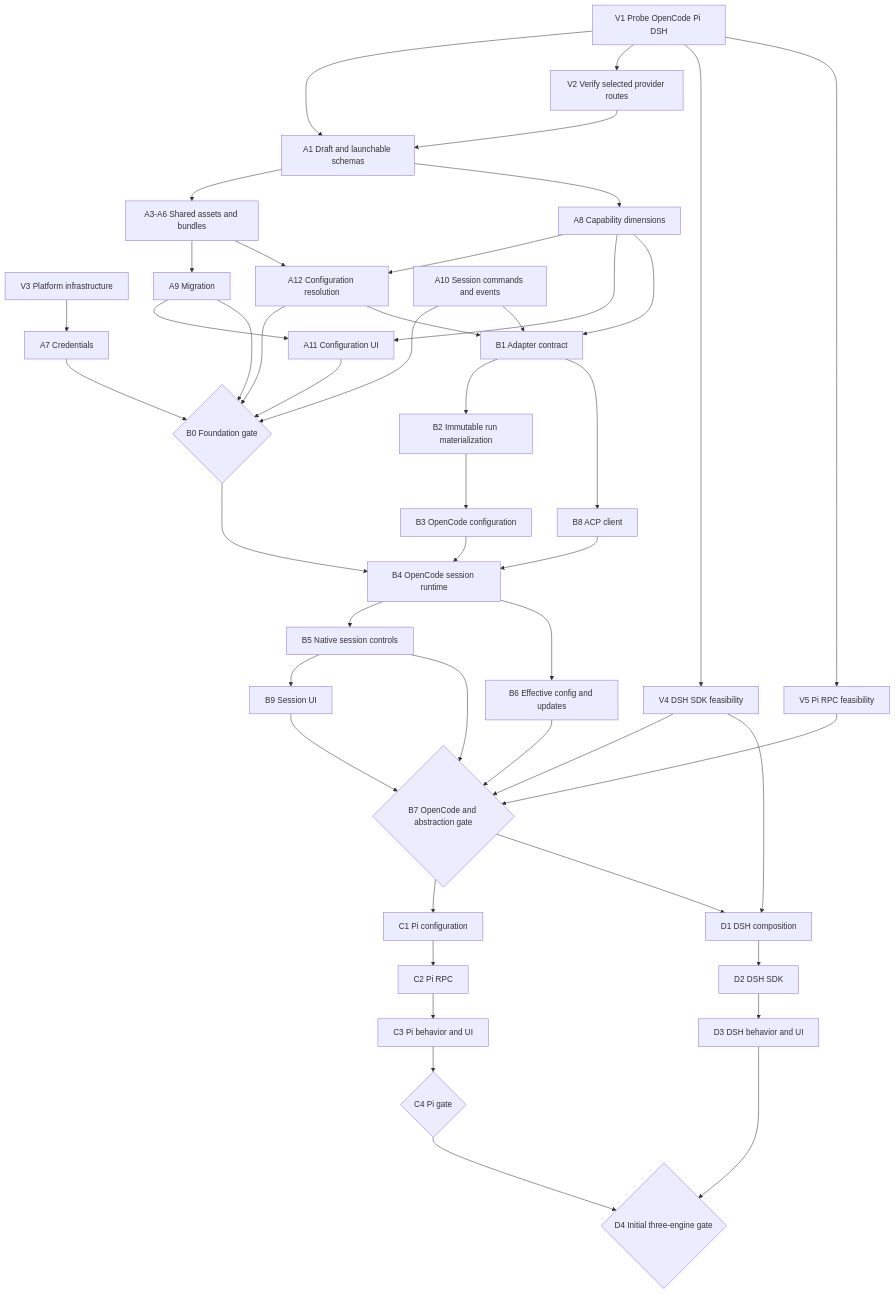
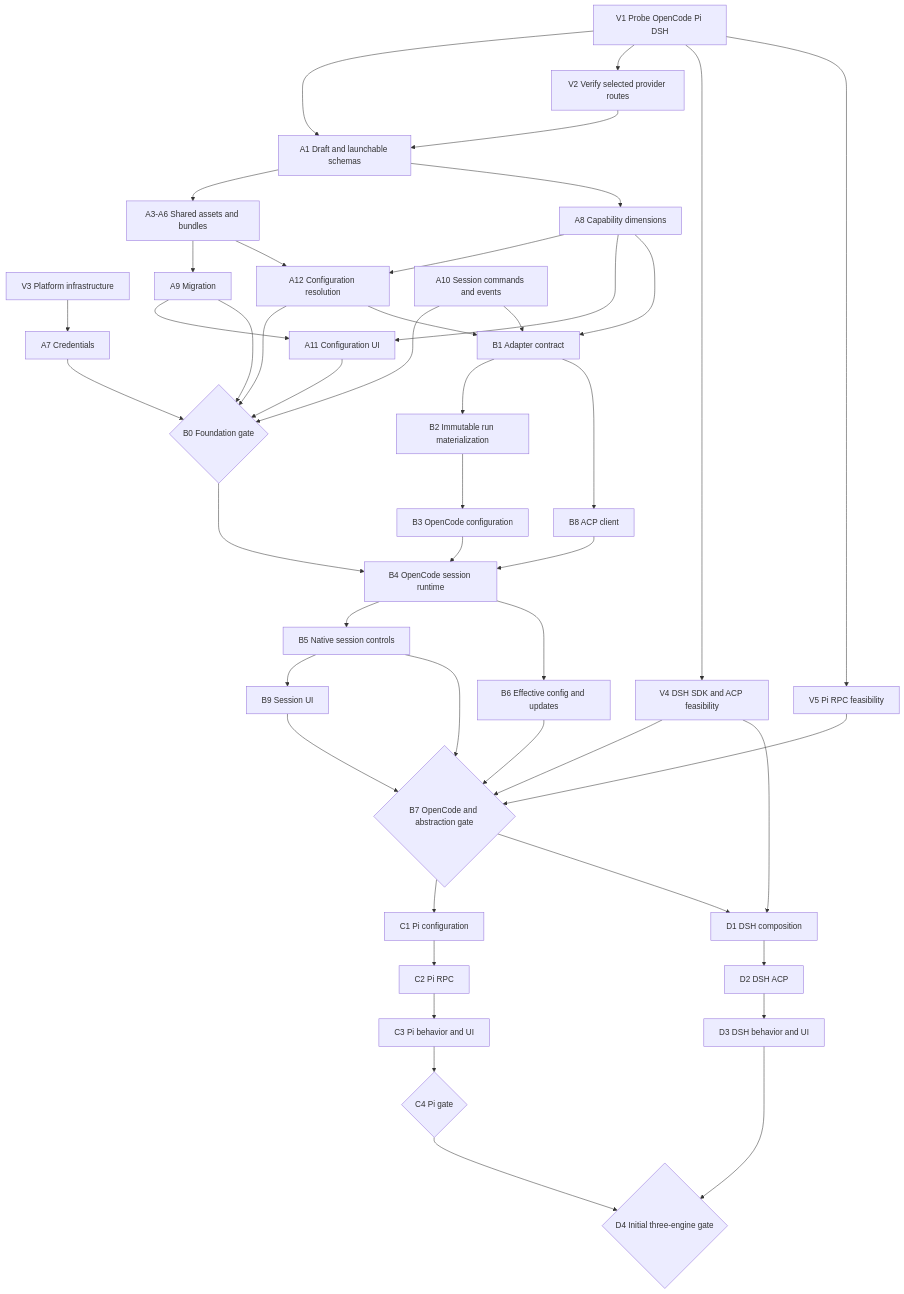
Before and after one commit to LHKong7/AgentMatrix: the diagram in docs/cli-agent-plan.md, drawn with Mermaid. The commit also changed other lines of this file and 10 other files, not shown here.

````diff
--- a/docs/cli-agent-plan.md
+++ b/docs/cli-agent-plan.md
@@ -45,48 +45,48 @@
 ```mermaid
 flowchart TD
   V1[V1 Probe OpenCode Pi DSH] --> A1[A1 Draft and launchable schemas]
   V1 --> V2[V2 Verify selected provider routes]
   V2 --> A1
-  V1 --> V4[V4 DSH SDK feasibility]
+  V1 --> V4[V4 DSH SDK and ACP feasibility]
   V1 --> V5[V5 Pi RPC feasibility]
   V3[V3 Platform infrastructure] --> A7[A7 Credentials]
   A1 --> Assets[A3-A6 Shared assets and bundles]
   A1 --> A8[A8 Capability dimensions]
   Assets --> A9[A9 Migration]
   Assets --> A12[A12 Configuration resolution]
   A8 --> A12
   A9 --> A11[A11 Configuration UI]
   A8 --> A11
   A7 --> B0{B0 Foundation gate}
   A9 --> B0
   A11 --> B0
   A12 --> B0
   A10[A10 Session commands and events] --> B0
   A8 --> B1[B1 Adapter contract]
   A10 --> B1
   A12 --> B1
   B1 --> B2[B2 Immutable run materialization]
   B2 --> B3[B3 OpenCode configuration]
   B1 --> B8[B8 ACP client]
   B0 --> B4[B4 OpenCode session runtime]
   B3 --> B4
   B8 --> B4
   B4 --> B5[B5 Native session controls]
   B4 --> B6[B6 Effective config and updates]
   B5 --> B9[B9 Session UI]
   B5 --> B7{B7 OpenCode and abstraction gate}
   B6 --> B7
   B9 --> B7
   V4 --> B7
   V5 --> B7
   B7 --> C1[C1 Pi configuration]
   C1 --> C2[C2 Pi RPC]
   C2 --> C3[C3 Pi behavior and UI]
   C3 --> C4{C4 Pi gate}
   B7 --> D1[D1 DSH composition]
   V4 --> D1
-  D1 --> D2[D2 DSH SDK]
+  D1 --> D2[D2 DSH ACP]
   D2 --> D3[D3 DSH behavior and UI]
   D3 --> D4{D4 Initial three-engine gate}
   C4 --> D4
 ```
````
